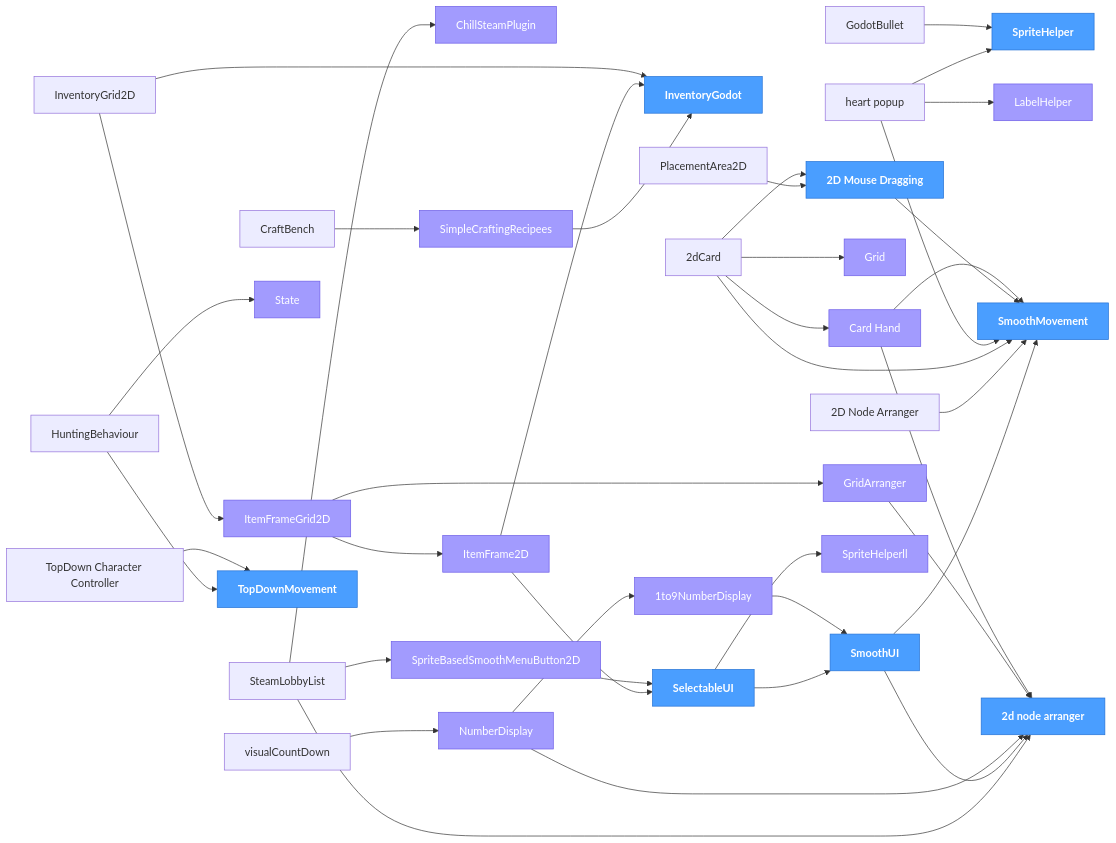
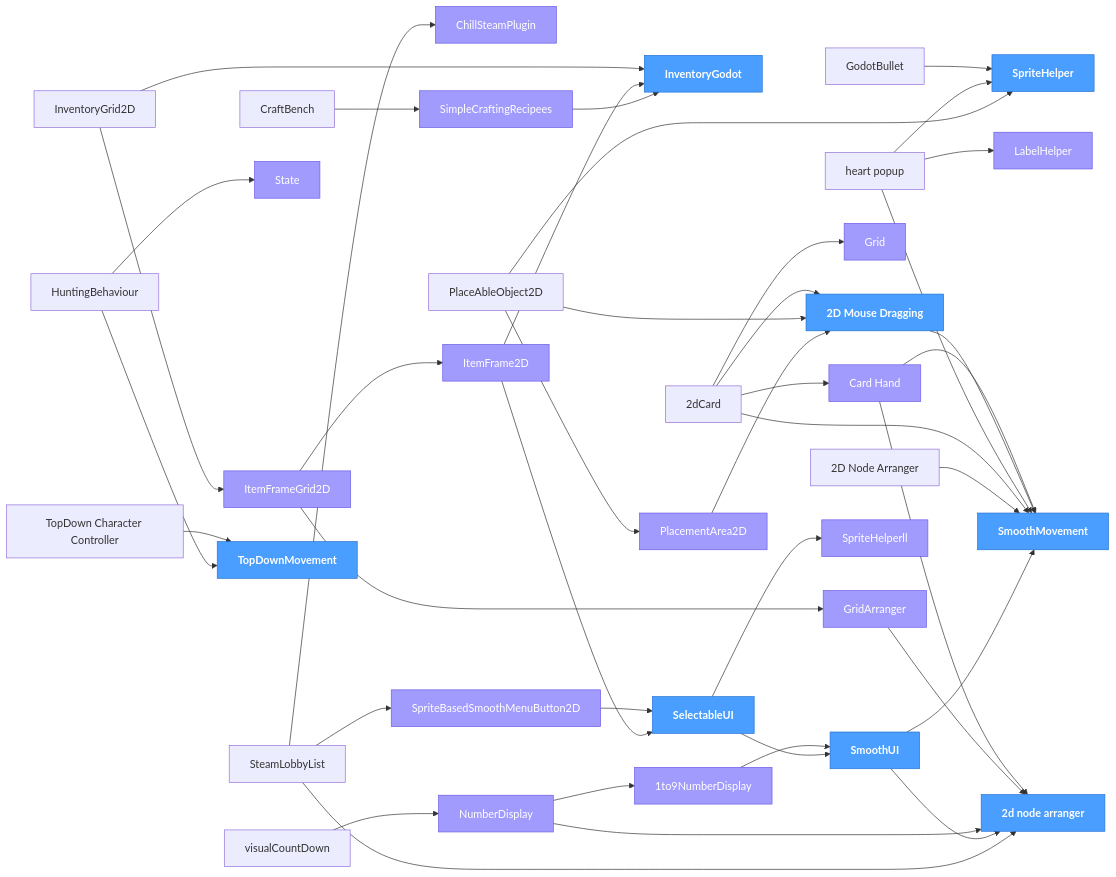
Before and after one commit to ChillCube/.github: the diagram in ADDONS.md, drawn with Mermaid. The commit also changed other lines of this file, not shown here.

Commit message:
registry: update dependency tree

```diff
--- a/ADDONS.md
+++ b/ADDONS.md
@@ -155,6 +156,7 @@
     n_2d_node_arranger["2d node arranger"]
     n_2D_Node_Arranger["2D Node Arranger"]
     NumberDisplay["NumberDisplay"]
+    PlaceAbleObject2D["PlaceAbleObject2D"]
     PlacementArea2D["PlacementArea2D"]
     SelectableUI["SelectableUI"]
     SimpleCraftingRecipees["SimpleCraftingRecipees"]
@@ -193,6 +195,9 @@
     n_2D_Node_Arranger --> Godot_SmoothMovement
     NumberDisplay --> n_1to9NumberDisplay
     NumberDisplay --> n_2d_node_arranger
+    PlaceAbleObject2D --> Godot_2D_Mouse_Dragging
+    PlaceAbleObject2D --> PlacementArea2D
+    PlaceAbleObject2D --> SpriteHelper
     PlacementArea2D --> Godot_2D_Mouse_Dragging
     SelectableUI --> SmoothUI
     SelectableUI --> SpriteHelperll
@@ -218,6 +223,7 @@
     class n_1to9NumberDisplay shared
     class n_2d_node_arranger core
     class NumberDisplay shared
+    class PlacementArea2D shared
     class SelectableUI core
     class SimpleCraftingRecipees shared
     class SmoothUI core
@@ -248,6 +254,7 @@
     click n_2d_node_arranger href "https://github.com/ChillCube/2d_node_arranger" _blank
     click n_2D_Node_Arranger href "https://github.com/ChillCube/2d_node_arranger" _blank
     click NumberDisplay href "https://github.com/ChillCube/NumberDisplay" _blank
+    click PlaceAbleObject2D href "https://github.com/ChillCube/PlaceAbleObject2D" _blank
     click PlacementArea2D href "https://github.com/ChillCube/PlacementArea2D" _blank
     click SelectableUI href "https://github.com/ChillCube/SelectableUI" _blank
     click SimpleCraftingRecipees href "https://github.com/ChillCube/SimpleCraftingRecipees" _blank
```
